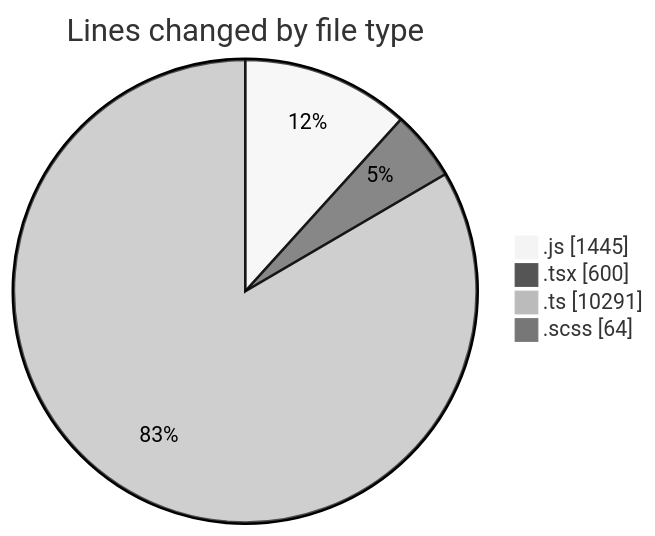
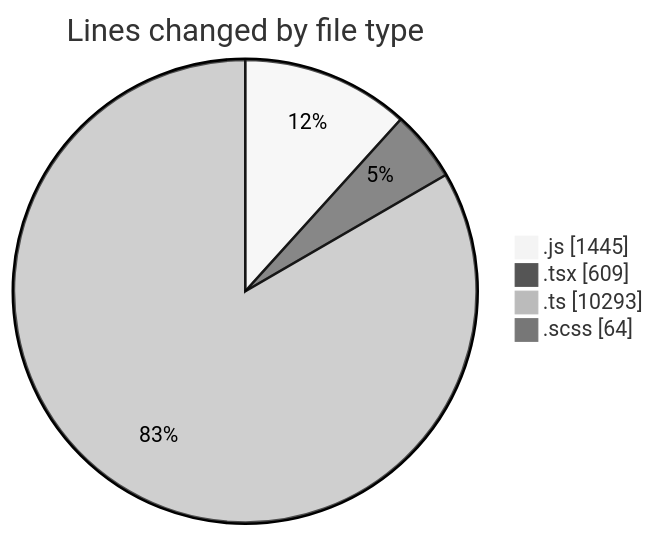
Before and after one commit to momahboobian/code-tracking: the first of 2 diagrams in 2025-03-13/cda/README.md, drawn with Mermaid (neutral theme). The commit also changed other lines of this file and 1 other file, not shown here.

````diff
--- a/2025-03-13/cda/README.md
+++ b/2025-03-13/cda/README.md
@@ -33,8 +33,8 @@
 ```mermaid
 pie showData
 title Lines changed by file type
 ".js" : 1445
-".tsx" : 600
-".ts" : 10291
+".tsx" : 609
+".ts" : 10293
 ".scss" : 64
 ```
````
